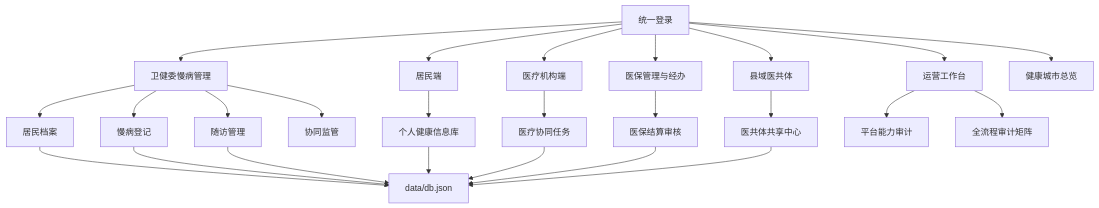
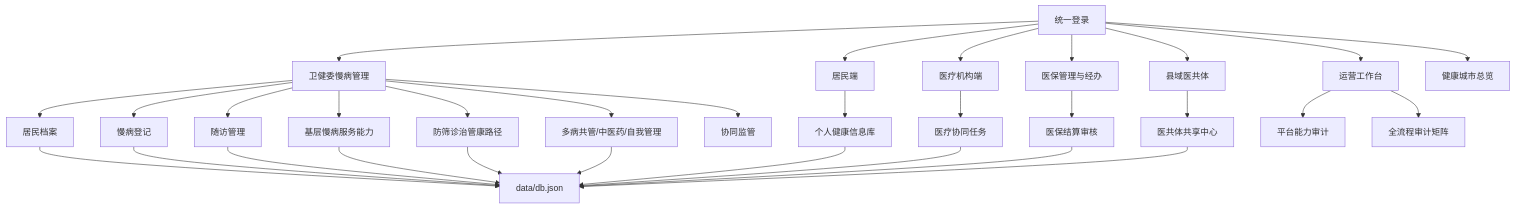
Before and after one commit to xujiann/chronic-care-platform: the diagram in docs/慢病平台系统结构图与优化建议.md, drawn with Mermaid. The commit also changed other lines of this file and 9 other files, not shown here.

````diff
--- a/docs/慢病平台系统结构图与优化建议.md
+++ b/docs/慢病平台系统结构图与优化建议.md
@@ -20,31 +20,37 @@
 ```mermaid
 flowchart TB
   Login["统一登录"] --> Workbench["运营工作台"]
   Login --> Chronic["卫健委慢病管理"]
   Login --> Citizen["居民端"]
   Login --> Institution["医疗机构端"]
   Login --> Insurance["医保管理与经办"]
   Login --> County["县域医共体"]
   Login --> City["健康城市总览"]
 
   Chronic --> Residents["居民档案"]
   Chronic --> Diseases["慢病登记"]
   Chronic --> Followups["随访管理"]
+  Chronic --> Capacity["基层慢病服务能力"]
+  Chronic --> Pathway["防筛诊治管康路径"]
+  Chronic --> Comorbidity["多病共管/中医药/自我管理"]
   Chronic --> Supervision["协同监管"]
 
   Citizen --> PersonalRecords["个人健康信息库"]
   Institution --> CareOrders["医疗协同任务"]
   Insurance --> Claims["医保结算审核"]
   County --> SharedCenters["医共体共享中心"]
 
   Workbench --> PlatformAudit["平台能力审计"]
   Workbench --> ProcessAudit["全流程审计矩阵"]
 
   Residents --> Data["data/db.json"]
   Diseases --> Data
   Followups --> Data
+  Capacity --> Data
+  Pathway --> Data
+  Comorbidity --> Data
   PersonalRecords --> Data
   CareOrders --> Data
   Claims --> Data
   SharedCenters --> Data
 ```
````
